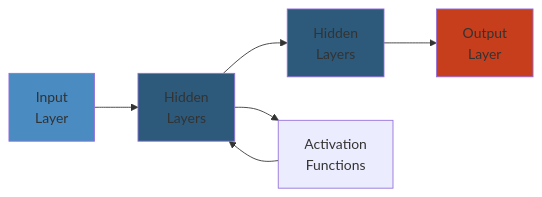
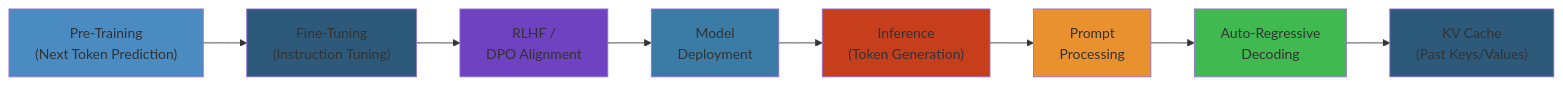
Before and after one commit to premchandkpc/md-courses: the diagram in data/01-ai-ml/llm-engineering/01-llm-fundamentals.md, drawn with Mermaid. The commit also changed 178 other files, not shown here.

````diff
--- a/data/01-ai-ml/llm-engineering/01-llm-fundamentals.md
+++ b/data/01-ai-ml/llm-engineering/01-llm-fundamentals.md
@@ -5,12 +5,18 @@
 ```mermaid
 graph LR
-    A["Input<br/>Layer"] --> B["Hidden<br/>Layers"]
-    B --> C["Hidden<br/>Layers"]
-    C --> D["Output<br/>Layer"]
-    B --> E["Activation<br/>Functions"]
-    E --> B
-    style A fill:#4a8bc2
-    style B fill:#2d5a7b
-    style C fill:#2d5a7b
-    style D fill:#c73e1d
+    PT["Pre-Training<br/>(Next Token Prediction)"] --> FT["Fine-Tuning<br/>(Instruction Tuning)"]
+    FT --> RL["RLHF /<br/>DPO Alignment"]
+    RL --> DEP["Model<br/>Deployment"]
+    DEP --> INF["Inference<br/>(Token Generation)"]
+    INF --> PROMPT["Prompt<br/>Processing"]
+    PROMPT --> GEN["Auto-Regressive<br/>Decoding"]
+    GEN --> KV["KV Cache<br/>(Past Keys/Values)"]
+    style PT fill:#4a8bc2
+    style FT fill:#2d5a7b
+    style RL fill:#6f42c1
+    style DEP fill:#3a7ca5
+    style INF fill:#c73e1d
+    style PROMPT fill:#e8912e
+    style GEN fill:#3fb950
+    style KV fill:#2d5a7b
 ```
````
